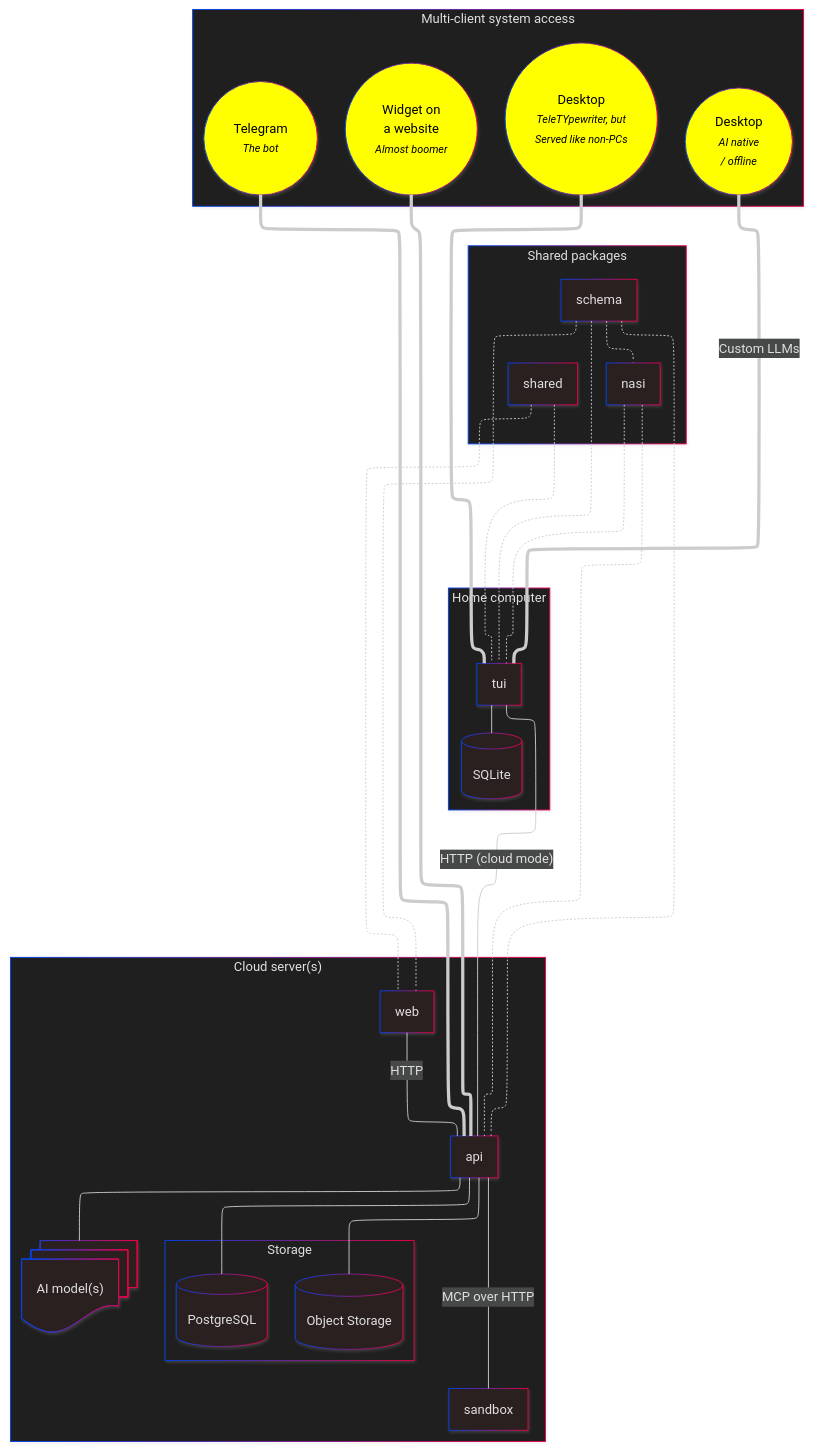
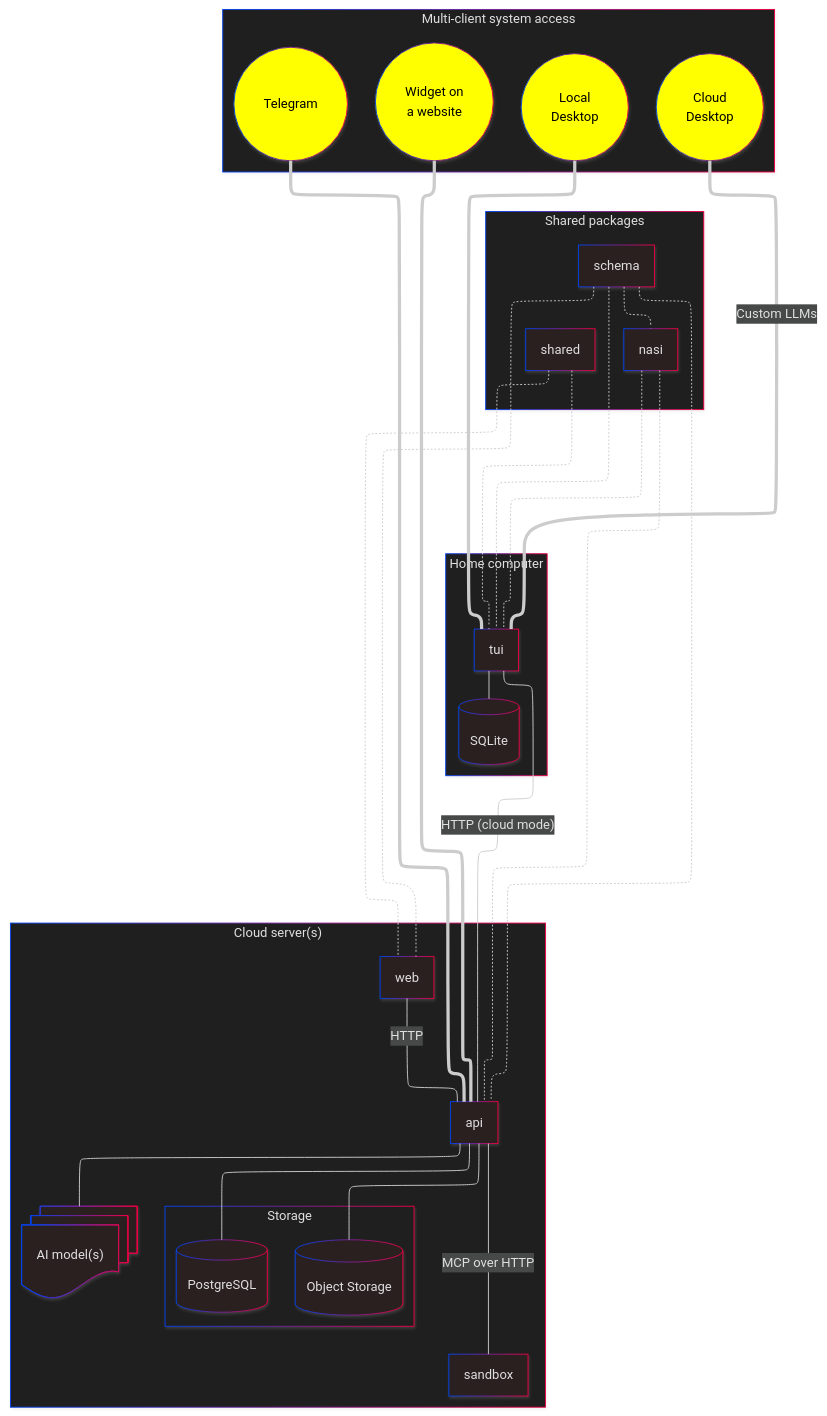
One commit to SubZtep/kaja changed the diagram in README.md. Above: the diagram before and after it, drawn with Mermaid. The commit also changed other lines of this file and 118 other files, not shown here.

````diff
--- a/README.md
+++ b/README.md
@@ -94,63 +41,63 @@
 ```mermaid
 ---
 config:
   look: neo
   theme: neo-dark
   layout: elk
   elk:
     nodePlacementStrategy: LINEAR_SEGMENTS
 ---
 flowchart TB
     subgraph Users["Multi-client system access"]
-      USER1((Desktop<br><small><em>AI native<br>/ offline</em></small>)):::person
-      USER2((Desktop<br><small><em>TeleTYpewriter, but<br>Served like non-PCs</em></small>)):::person
-      USER3((Telegram<br><small><em>The bot</em></small>)):::person
-      USER4((Widget on<br>a website<br><small><em>Almost boomer</em></small>)):::person
+      USER1((Cloud<br>Desktop)):::person
+      USER2((Local<br>Desktop)):::person
+      USER3((Telegram)):::person
+      USER4((Widget on<br>a website)):::person
     end
 
     subgraph Local["Home computer"]
         TUI["tui"]
         SQL[("SQLite")]
     end
 
     subgraph Apps["Cloud server(s)"]
         API["api"]
         WEB["web"]
         SANDBOX["sandbox"]
         subgraph Data["Storage"]
             DB[("PostgreSQL")]
             S3[("Object Storage")]
         end
         LLM@{ shape: docs, label: "AI model(s)" }
     end
 
     subgraph Packages["Shared packages"]
         NASI["nasi"]
         SCHEMA["schema"]
         SHARED["shared"]
     end
 
     USER1 == Custom LLMs === TUI
     USER2 === TUI
     USER3 === API
     USER4 === API
 
     API --- DB
     API --- S3
     API --- LLM
     TUI --- SQL
     WEB ---|HTTP| API
     TUI ---|"HTTP (cloud mode)"| API
     API ---|"MCP over HTTP"| SANDBOX
 
     NASI -.- API
     NASI -.- TUI
     SCHEMA -.- API
     SCHEMA -.- WEB
     SCHEMA -.- TUI
     SCHEMA -.- NASI
     SHARED -.- WEB
     SHARED -.- TUI
 
     classDef person fill:#ffff00,color:#000000
 ```
````
